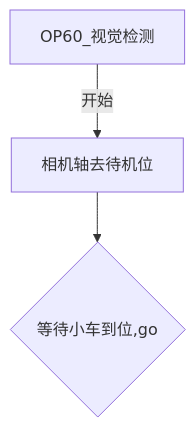
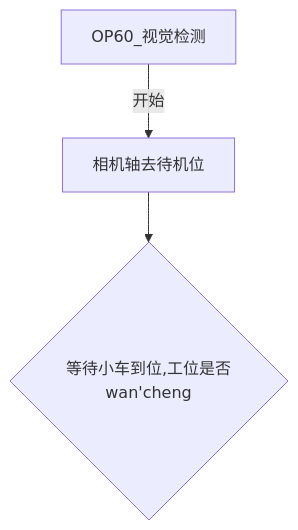
The diagram in all/未命名.md (zmq000/iodraw-files), drawn with Mermaid before and after one commit.

Commit message:
2026-06-17 14:26:07 update

````diff
--- a/all/未命名.md
+++ b/all/未命名.md
@@ -1,8 +1,8 @@
 ```mermaid
 graph TD
    0[OP60_视觉检测]-->|开始|10
    10[相机轴去待机位]-->20
-   20{等待小车到位,go}
+   20{等待小车到位,工位是否wan'cheng}
 
    
 ```
````
